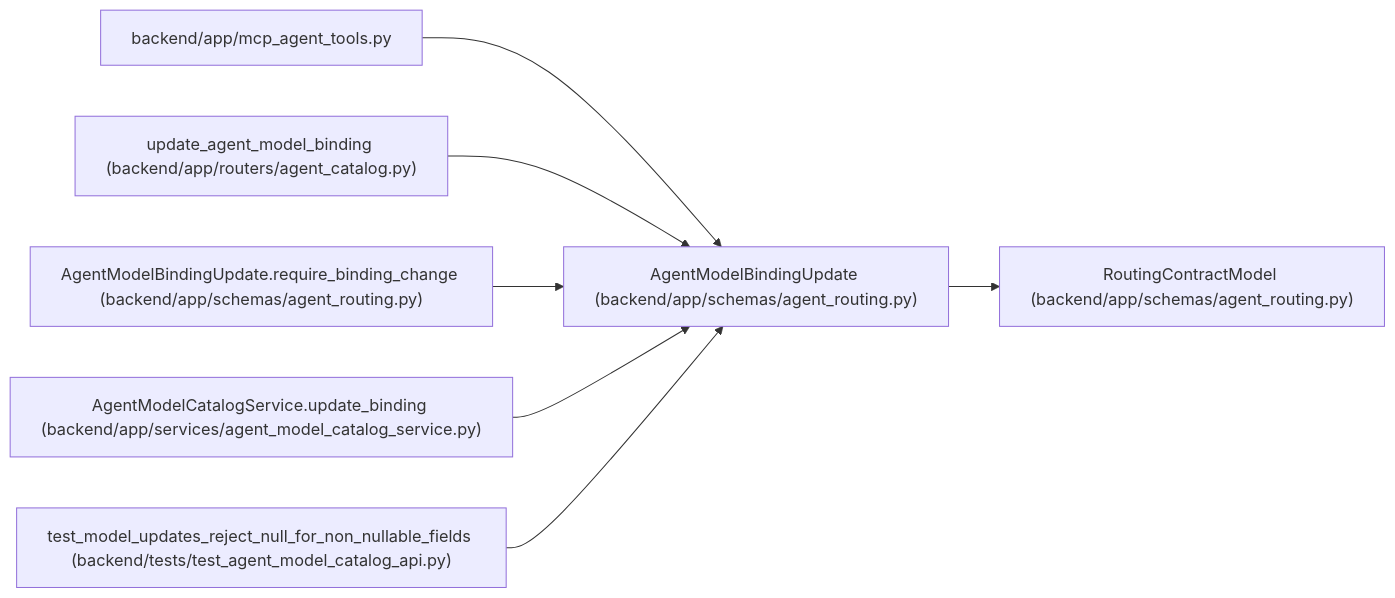
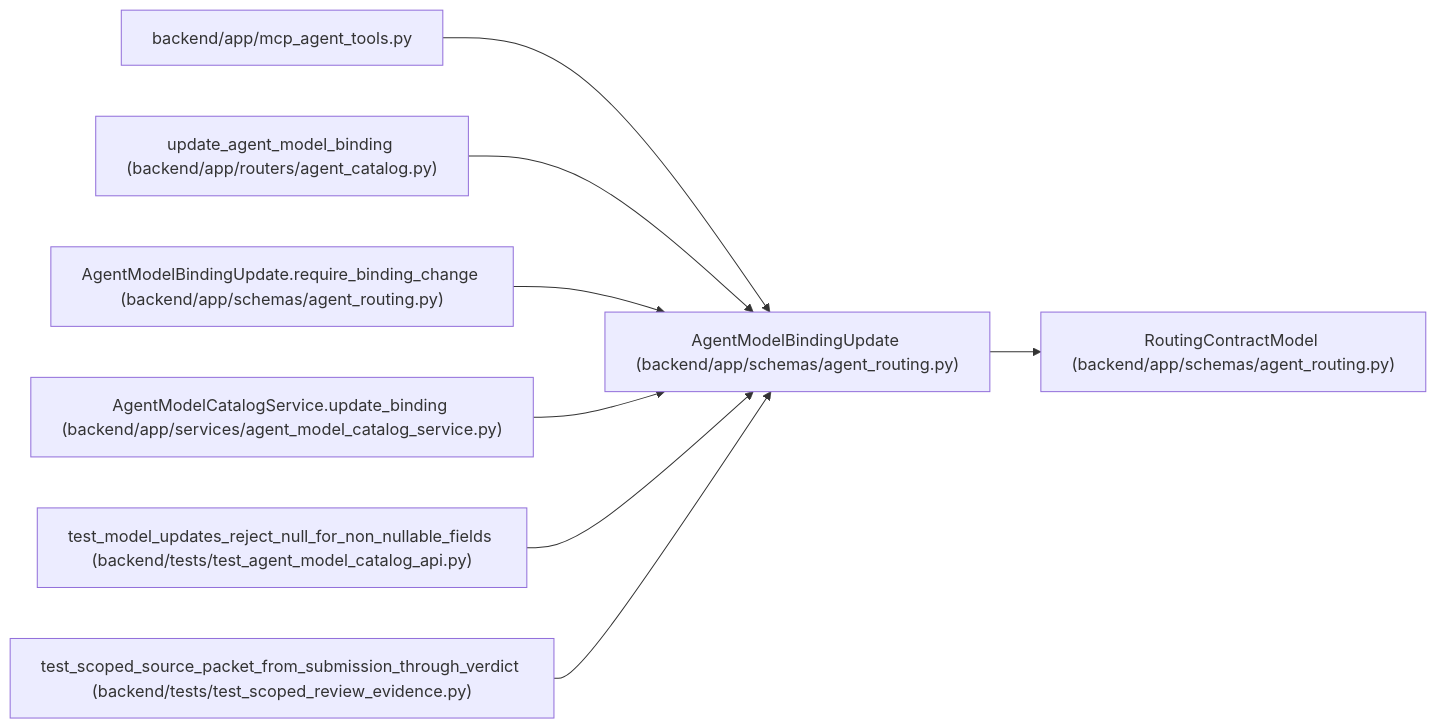
Before and after one commit to Denissvgn/WorkChord: the diagram in docs/llm_wiki/entities/agent_routing_AgentModelBindingUpdate.md, drawn with Mermaid. The commit also changed other lines of this file and 891 other files, not shown here.

Commit message:
Document candidate-bound evidence and independent review policy

````diff
--- a/docs/llm_wiki/entities/agent_routing_AgentModelBindingUpdate.md
+++ b/docs/llm_wiki/entities/agent_routing_AgentModelBindingUpdate.md
@@ -42,23 +42,26 @@
 ```mermaid
 flowchart LR
     n0["AgentModelBindingUpdate (backend/app/schemas/agent_routing.py)"]
     n1["RoutingContractModel (backend/app/schemas/agent_routing.py)"]
     n2["backend/app/mcp_agent_tools.py"]
     n3["update_agent_model_binding (backend/app/routers/agent_catalog.py)"]
     n4["AgentModelBindingUpdate.require_binding_change (backend/app/schemas/agent_routing.py)"]
     n5["AgentModelCatalogService.update_binding (backend/app/services/agent_model_catalog_service.py)"]
     n6["test_model_updates_reject_null_for_non_nullable_fields (backend/tests/test_agent_model_catalog_api.py)"]
+    n7["test_scoped_source_packet_from_submission_through_verdict (backend/tests/test_scoped_review_evidence.py)"]
     n0 --> n1
     n2 --> n0
     n3 --> n0
     n4 --> n0
     n5 --> n0
     n6 --> n0
+    n7 --> n0
     click n0 "../modules/agent_routing.md"
     click n1 "../modules/agent_routing.md"
     click n2 "../modules/mcp_agent_tools.md"
     click n3 "../modules/agent_catalog.md"
     click n4 "../modules/agent_routing.md"
     click n5 "../modules/agent_model_catalog_service.md"
     click n6 "../modules/test_agent_model_catalog_api.md"
+    click n7 "../modules/test_scoped_review_evidence.md"
 ```
````
